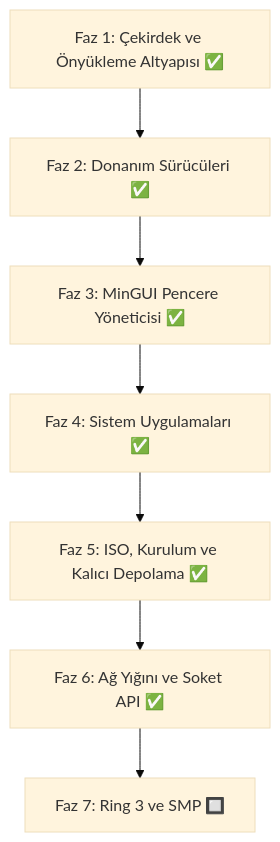
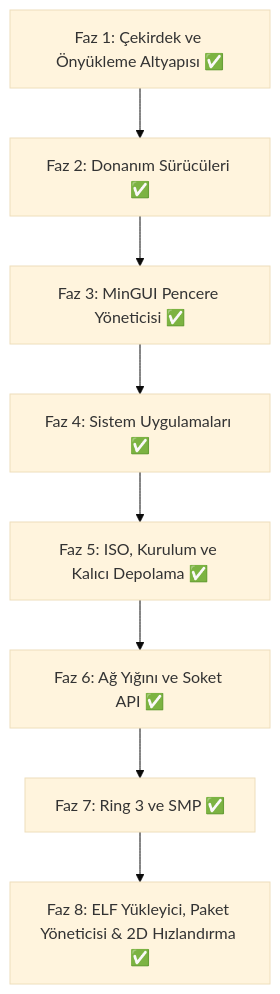
Before and after one commit to tbagriyanik/minOs: the diagram in planlama.md, drawn with Mermaid (base theme). The commit also changed other lines of this file and 22 other files, not shown here.

````diff
--- a/planlama.md
+++ b/planlama.md
@@ -66,9 +67,10 @@
 ```mermaid
 flowchart TD
     A[Faz 1: Çekirdek ve Önyükleme Altyapısı ✅] --> B[Faz 2: Donanım Sürücüleri ✅]
     B --> C[Faz 3: MinGUI Pencere Yöneticisi ✅]
     C --> D[Faz 4: Sistem Uygulamaları ✅]
     D --> E[Faz 5: ISO, Kurulum ve Kalıcı Depolama ✅]
     E --> F[Faz 6: Ağ Yığını ve Soket API ✅]
-    F --> G[Faz 7: Ring 3 ve SMP 🔲]
+    F --> G[Faz 7: Ring 3 ve SMP ✅]
+    G --> H[Faz 8: ELF Yükleyici, Paket Yöneticisi & 2D Hızlandırma ✅]
 ```
````
